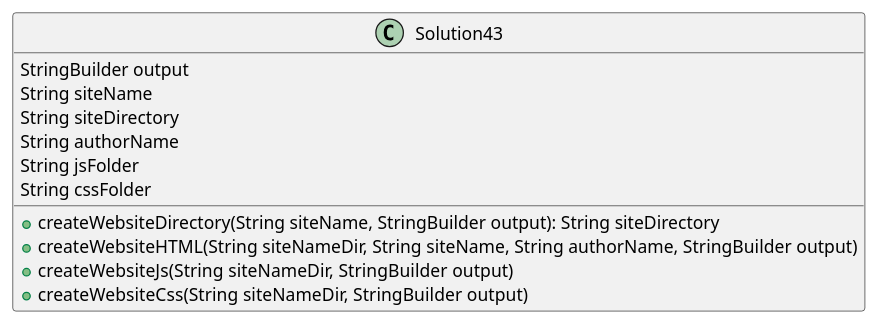
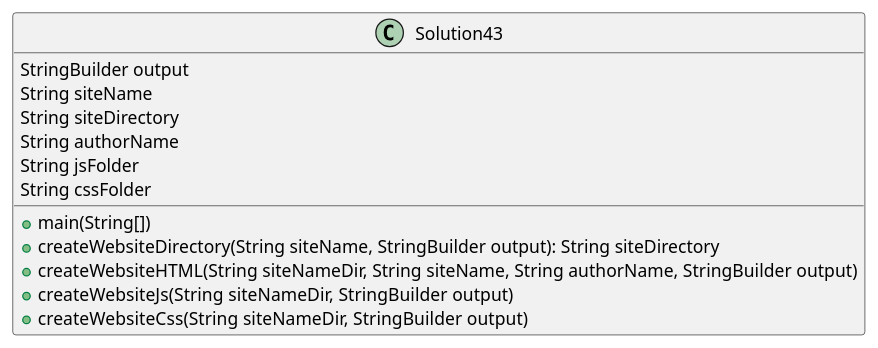
Before and after one commit to nader-fares/fares-a04: the diagram in exercise43/docs/main.puml, drawn with PlantUML. The commit also changed 50 other files, not shown here.

Commit message:
exercise 46: added code, uml, unit testing; fixed uml for other exercises

```diff
--- a/exercise43/docs/main.puml
+++ b/exercise43/docs/main.puml
@@ -1,16 +1,17 @@
 @startuml
 'https://plantuml.com/sequence-diagram
 class Solution43 {
 StringBuilder output
 String siteName
 String siteDirectory
 String authorName
 String jsFolder
 String cssFolder
++main(String[])
 +createWebsiteDirectory(String siteName, StringBuilder output): String siteDirectory
 +createWebsiteHTML(String siteNameDir, String siteName, String authorName, StringBuilder output)
 +createWebsiteJs(String siteNameDir, StringBuilder output)
 +createWebsiteCss(String siteNameDir, StringBuilder output)
 }
 
 @enduml
```
